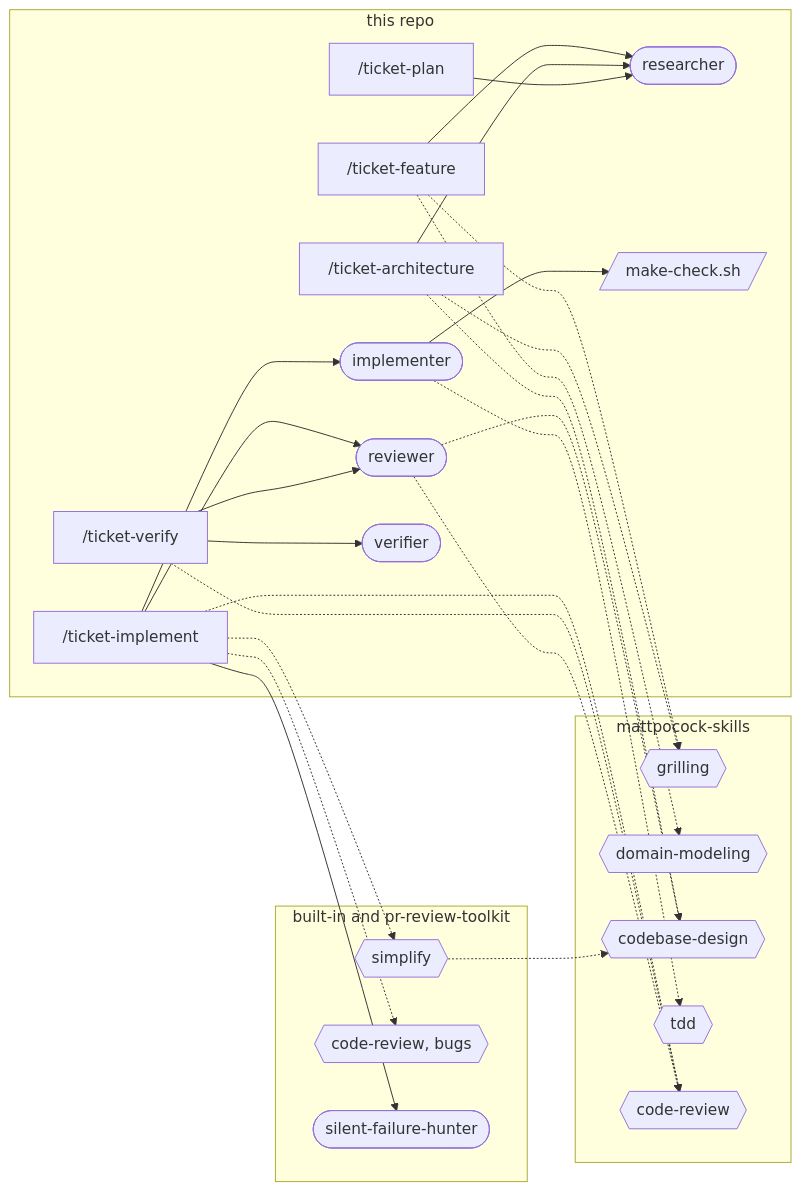
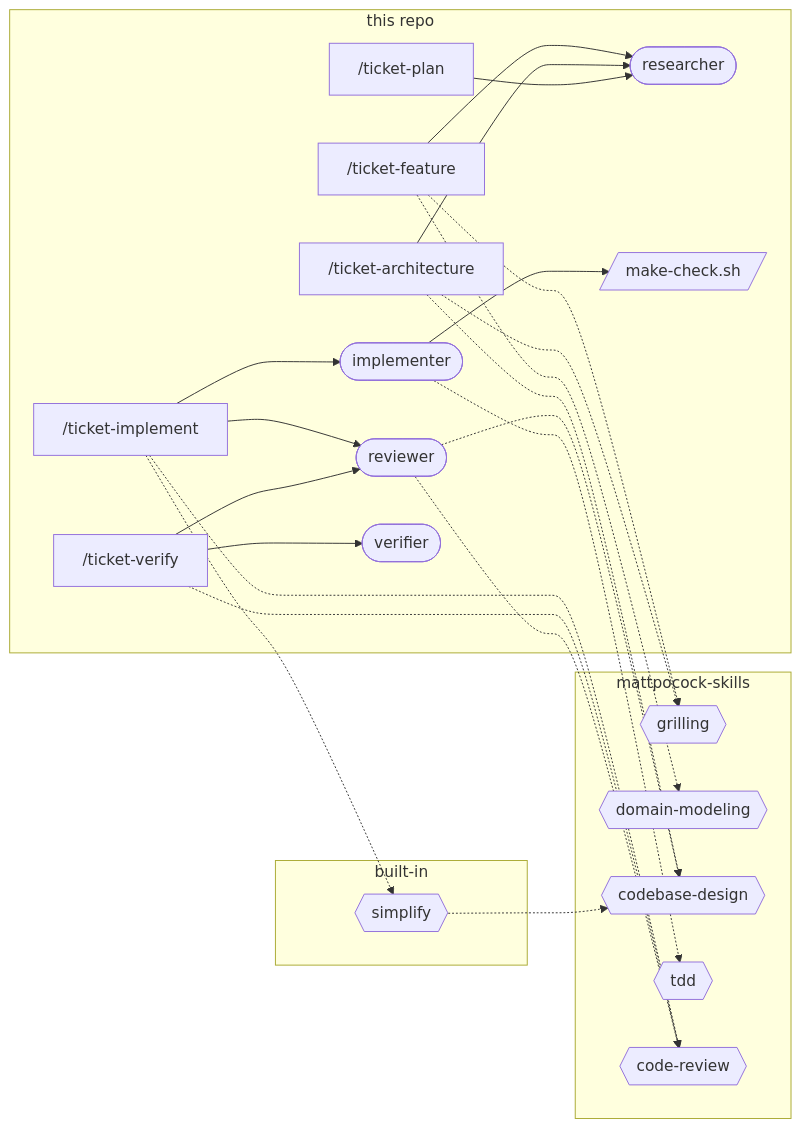
The second of 3 diagrams in docs/knowledge/sdd.md (khotei/app-template), drawn with Mermaid before and after one commit. The commit also changed other lines of this file and 9 other files, not shown here.

````diff
--- a/docs/knowledge/sdd.md
+++ b/docs/knowledge/sdd.md
@@ -72,41 +72,38 @@
 ```mermaid
 graph LR
   subgraph ours [this repo]
     feature["/ticket-feature"]
     arch["/ticket-architecture"]
     plan["/ticket-plan"]
     impl["/ticket-implement"]
     verify["/ticket-verify"]
     researcher([researcher])
     implementer([implementer])
     reviewer([reviewer])
     verifier([verifier])
     hook[/make-check.sh/]
   end
   subgraph plugin [mattpocock-skills]
     grilling{{grilling}}
     modeling{{domain-modeling}}
     design{{codebase-design}}
     tdd{{tdd}}
     review{{code-review}}
   end
-  subgraph builtin [built-in and pr-review-toolkit]
+  subgraph builtin [built-in]
     simplify{{simplify}}
-    bugs{{code-review, bugs}}
-    hunter([silent-failure-hunter])
   end
   feature -.-> grilling & modeling
   feature --> researcher
   arch -.-> design & grilling
   arch --> researcher
   plan --> researcher
   impl --> implementer & reviewer
-  impl -.-> review & simplify & bugs
+  impl -.-> review & simplify
   simplify -.-> design
-  impl --> hunter
   implementer -.-> tdd
   implementer --> hook
   verify --> verifier & reviewer
   verify -.-> review
   reviewer -.-> review & design
 ```
````
